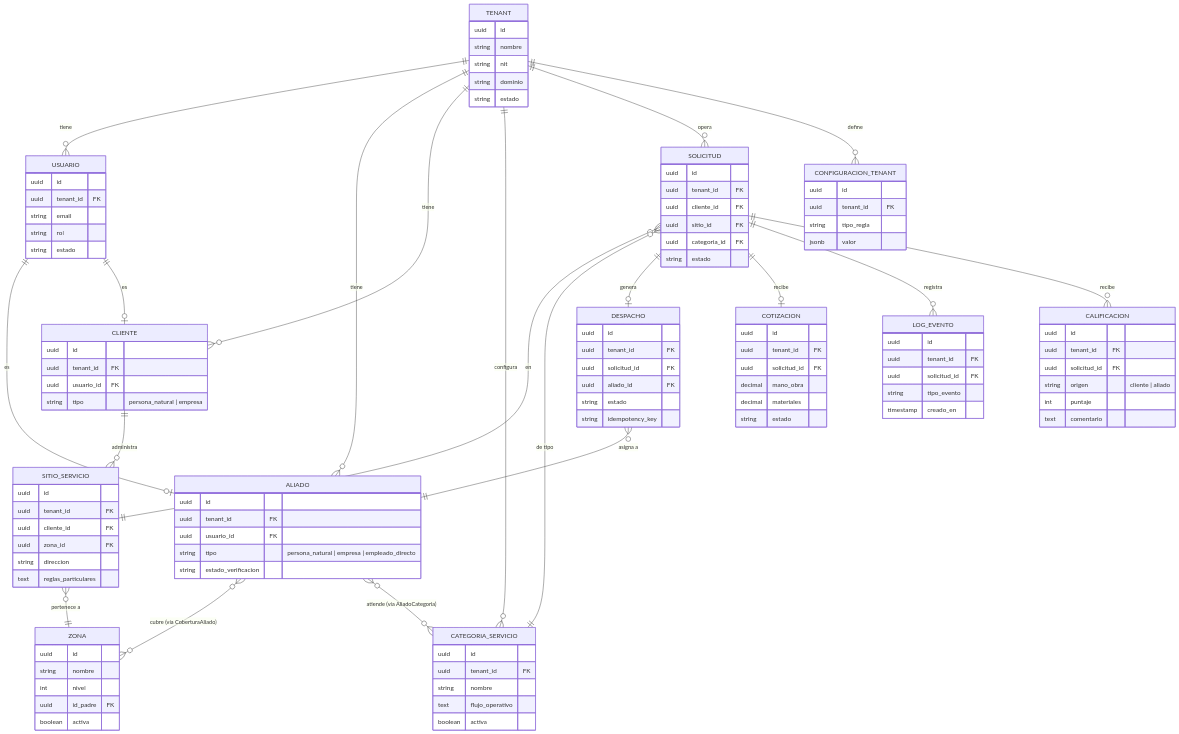
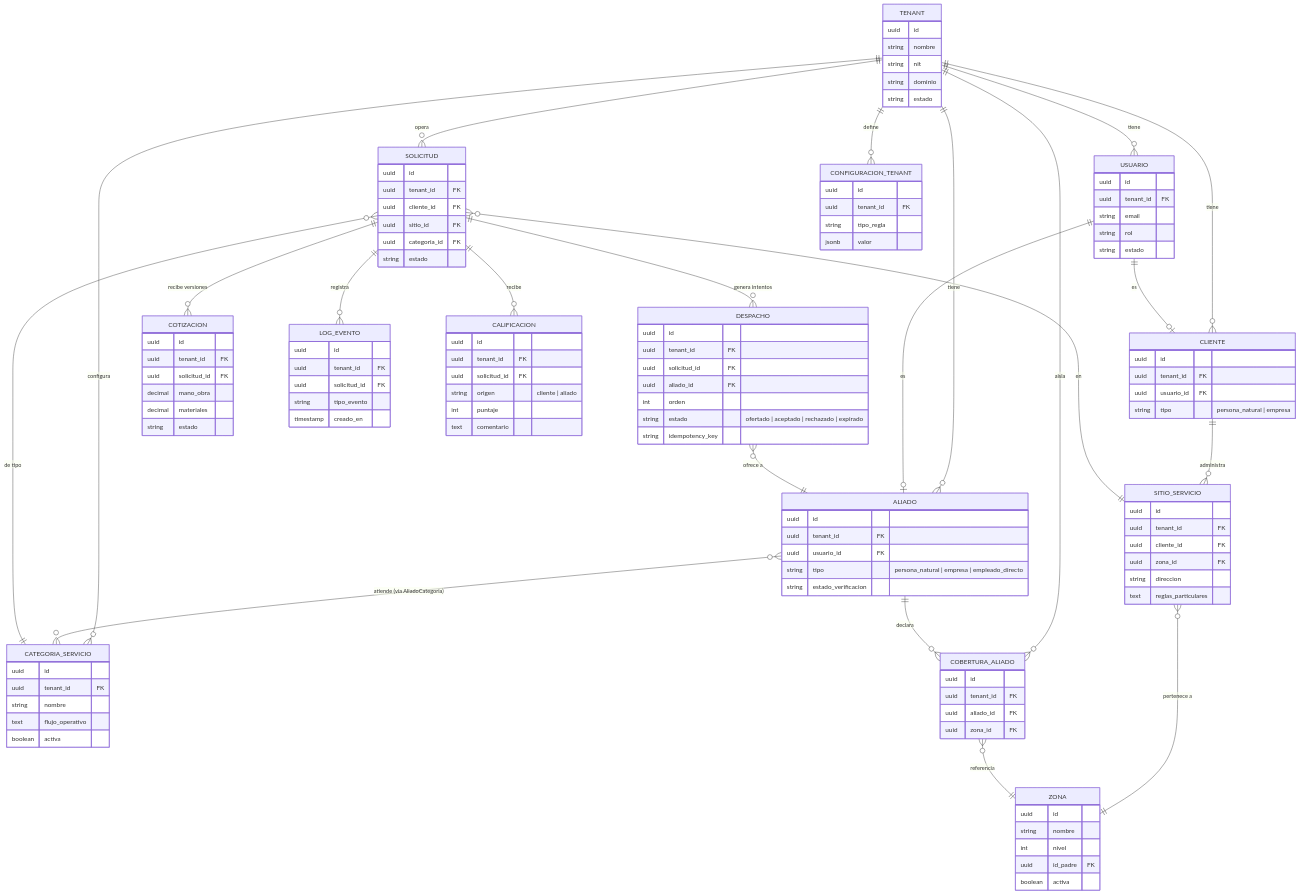
The diagram in Product/SAD-MANI.md (Trama-AS/MANI-docs), drawn with Mermaid before and after one commit. The commit also changed other lines of this file, not shown here.

```diff
--- a/Product/SAD-MANI.md
+++ b/Product/SAD-MANI.md
@@ -178,20 +251,24 @@
     TENANT ||--o{ CATEGORIA_SERVICIO : "configura"
     TENANT ||--o{ SOLICITUD : "opera"
     TENANT ||--o{ CONFIGURACION_TENANT : "define"
+    TENANT ||--o{ COBERTURA_ALIADO : "aisla"
 
     USUARIO ||--o| ALIADO : "es"
     USUARIO ||--o| CLIENTE : "es"
 
     CLIENTE ||--o{ SITIO_SERVICIO : "administra"
     SITIO_SERVICIO }o--|| ZONA : "pertenece a"
-    ALIADO }o--o{ ZONA : "cubre (vía CoberturaAliado)"
+
+    ALIADO ||--o{ COBERTURA_ALIADO : "declara"
+    COBERTURA_ALIADO }o--|| ZONA : "referencia"
+
     ALIADO }o--o{ CATEGORIA_SERVICIO : "atiende (vía AliadoCategoria)"
 
     SOLICITUD }o--|| SITIO_SERVICIO : "en"
     SOLICITUD }o--|| CATEGORIA_SERVICIO : "de tipo"
-    SOLICITUD ||--o| DESPACHO : "genera"
-    DESPACHO }o--|| ALIADO : "asigna a"
-    SOLICITUD ||--o| COTIZACION : "recibe"
+    SOLICITUD ||--o{ DESPACHO : "genera intentos"
+    DESPACHO }o--|| ALIADO : "ofrece a"
+    SOLICITUD ||--o{ COTIZACION : "recibe versiones"
     SOLICITUD ||--o{ LOG_EVENTO : "registra"
     SOLICITUD ||--o{ CALIFICACION : "recibe"
 
@@ -237,6 +314,12 @@
         uuid id_padre FK
         boolean activa
     }
+    COBERTURA_ALIADO {
+        uuid id
+        uuid tenant_id FK
+        uuid aliado_id FK
+        uuid zona_id FK
+    }
     CATEGORIA_SERVICIO {
         uuid id
         uuid tenant_id FK
@@ -257,7 +340,8 @@
         uuid tenant_id FK
         uuid solicitud_id FK
         uuid aliado_id FK
-        string estado
+        int orden
+        string estado "ofertado | aceptado | rechazado | expirado"
         string idempotency_key
     }
     COTIZACION {
```
